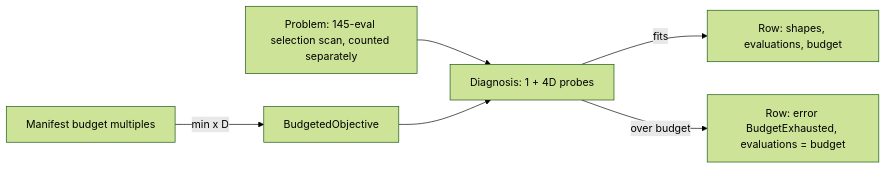
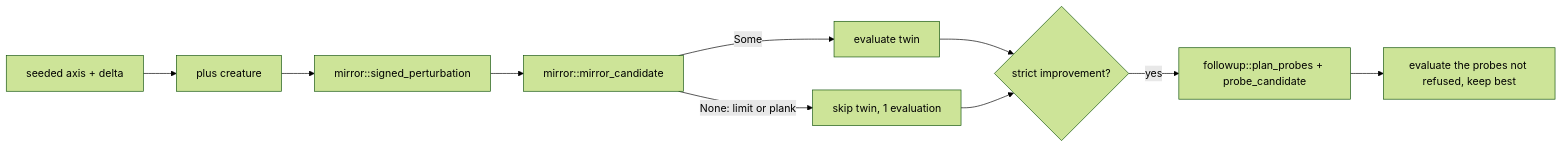
One commit to stSoftwareAU/NEAT-AI-Lamarck changed the diagram in docs/archive/pr-summaries/pr-summary-266.md. Above: the diagram before and after it, drawn with Mermaid (forest theme). The commit also changed other lines of this file, not shown here.

````diff
--- a/docs/archive/pr-summaries/pr-summary-266.md
+++ b/docs/archive/pr-summaries/pr-summary-266.md
@@ -39,8 +38,12 @@
 ```mermaid
 flowchart LR
-    M[Manifest budget multiples] -->|min x D| B[BudgetedObjective]
-    P[Problem: 145-eval selection scan, counted separately] --> D[Diagnosis: 1 + 4D probes]
-    B --> D
-    D -->|fits| R[Row: shapes, evaluations, budget]
-    D -->|over budget| E[Row: error BudgetExhausted, evaluations = budget]
+    R[seeded axis + delta] --> P[plus creature]
+    P --> S[mirror::signed_perturbation]
+    S --> M[mirror::mirror_candidate]
+    M -->|Some| T[evaluate twin]
+    M -->|None: limit or plank| K[skip twin, 1 evaluation]
+    T --> A{strict improvement?}
+    K --> A
+    A -->|yes| F[followup::plan_probes + probe_candidate]
+    F --> E[evaluate the probes not refused, keep best]
 ```
````
